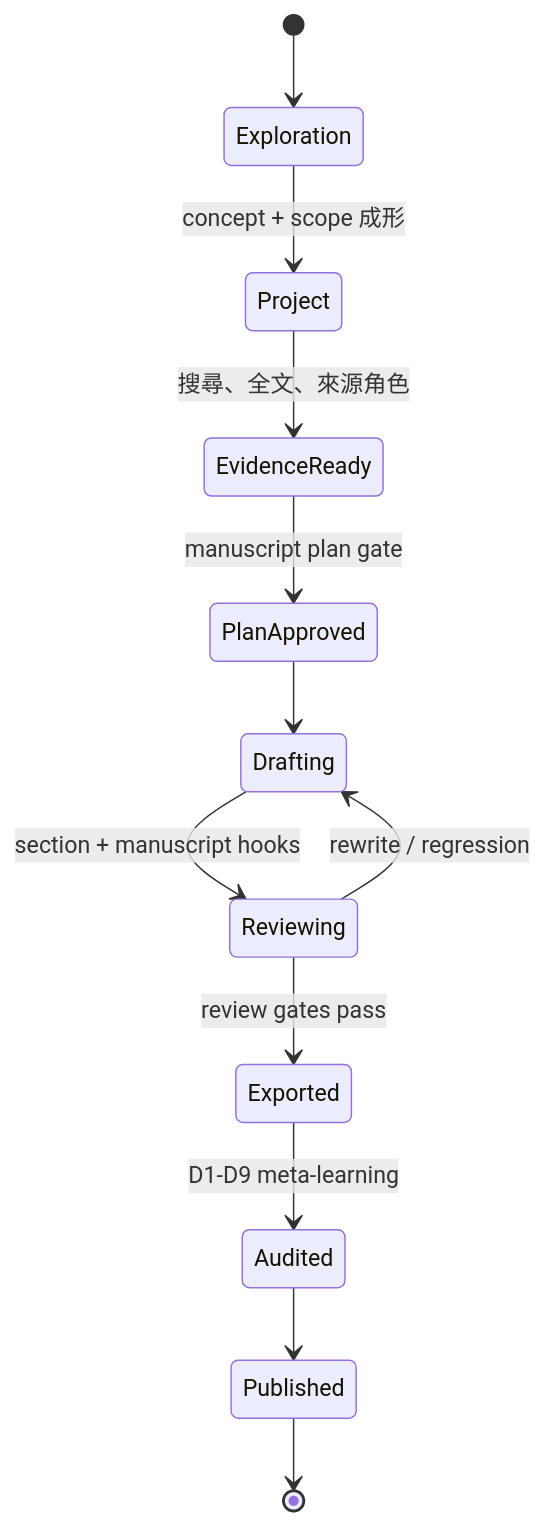
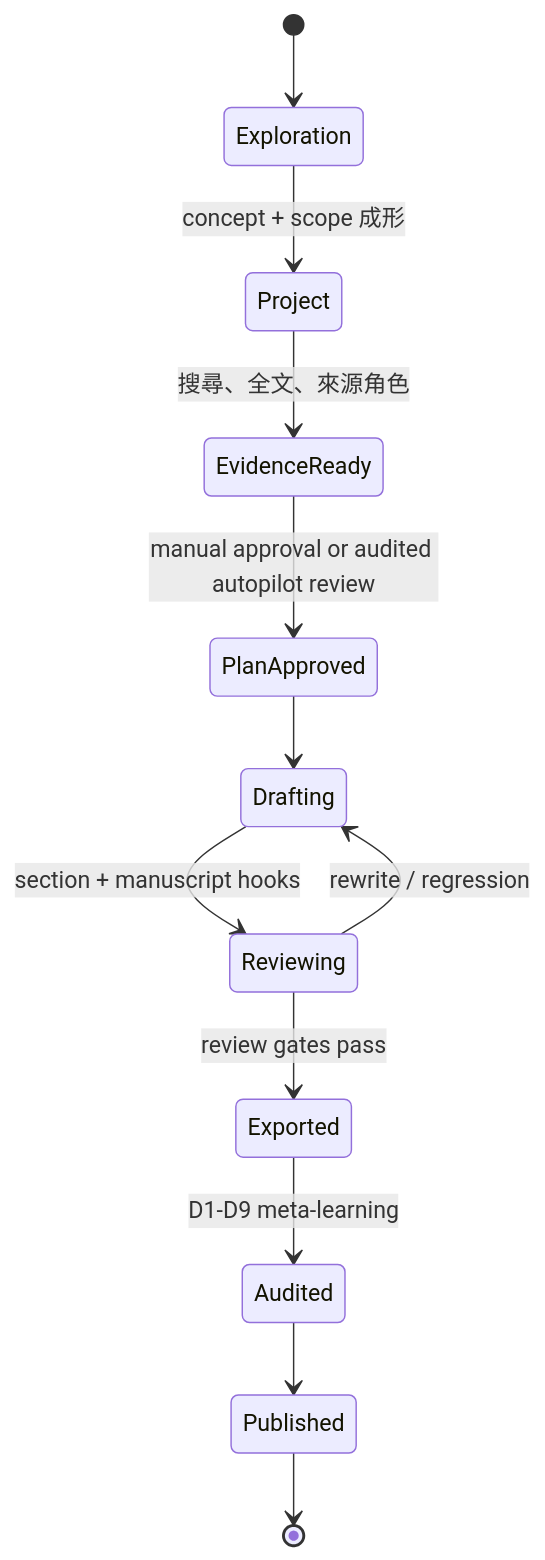
One commit to u9401066/med-paper-assistant changed the second of 3 diagrams in docs/index.md. Above: the diagram before and after it, drawn with Mermaid. The commit also changed other lines of this file and 36 other files, not shown here.

````diff
--- a/docs/index.md
+++ b/docs/index.md
@@ -104,14 +104,14 @@
 ```mermaid
 stateDiagram-v2
     [*] --> Exploration
     Exploration --> Project: concept + scope 成形
     Project --> EvidenceReady: 搜尋、全文、來源角色
-    EvidenceReady --> PlanApproved: manuscript plan gate
+    EvidenceReady --> PlanApproved: manual approval or audited autopilot review
     PlanApproved --> Drafting
     Drafting --> Reviewing: section + manuscript hooks
     Reviewing --> Drafting: rewrite / regression
     Reviewing --> Exported: review gates pass
     Exported --> Audited: D1-D9 meta-learning
     Audited --> Published
     Published --> [*]
 ```
````
